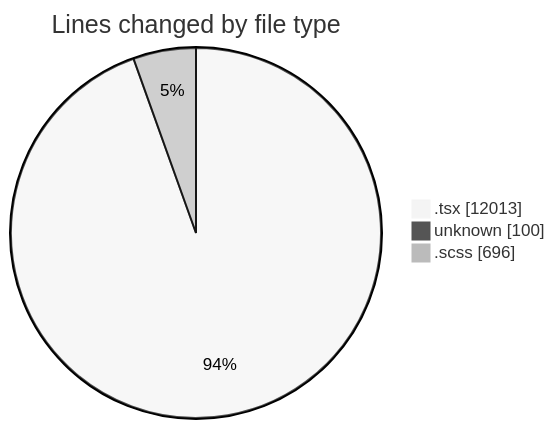
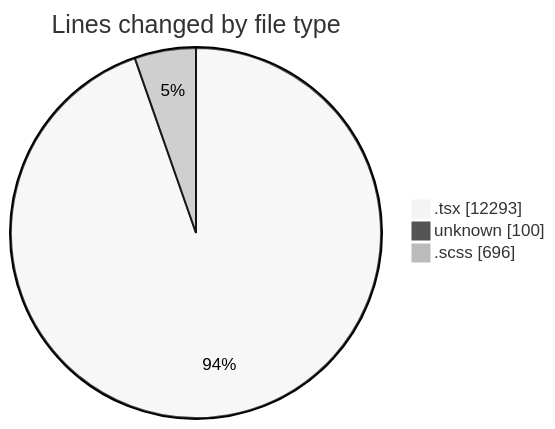
One commit to momahboobian/code-tracking changed the first of 2 diagrams in 2025-12-05/cda/README.md. Above: the diagram before and after it, drawn with Mermaid (neutral theme). The commit also changed other lines of this file and 1 other file, not shown here.

````diff
--- a/2025-12-05/cda/README.md
+++ b/2025-12-05/cda/README.md
@@ -38,7 +39,7 @@
 ```mermaid
 pie showData
 title Lines changed by file type
-".tsx" : 12013
+".tsx" : 12293
 "unknown" : 100
 ".scss" : 696
 ```
````
